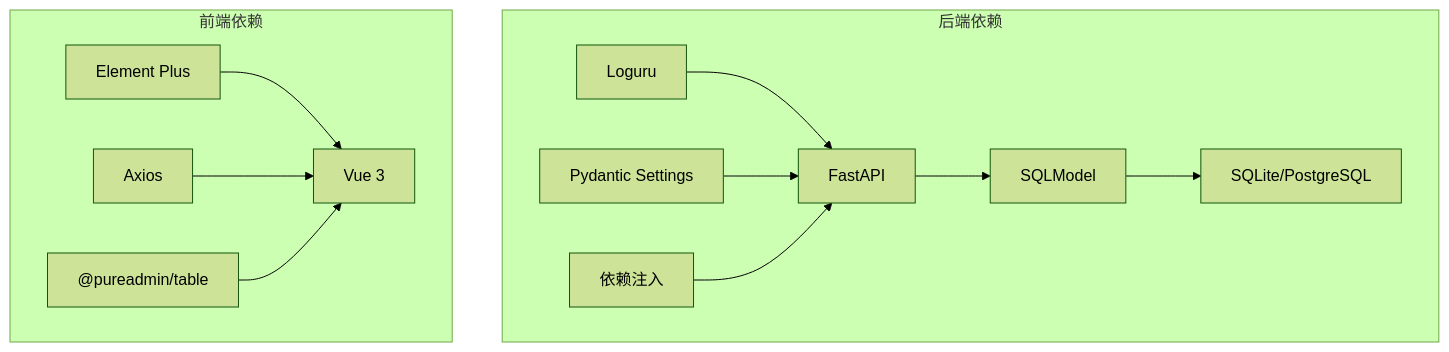
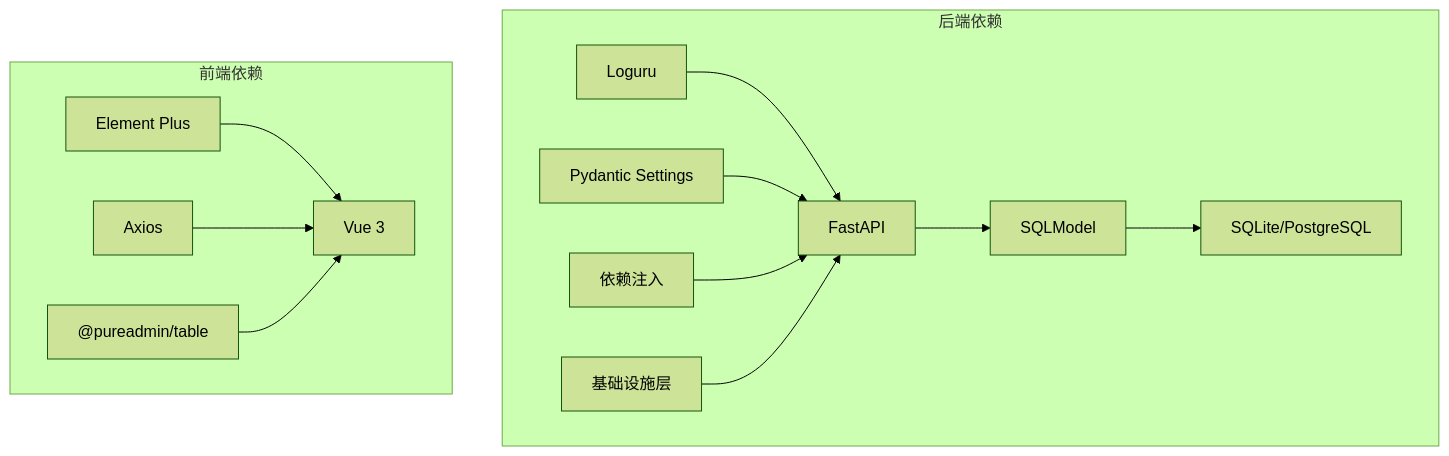
The tenth of 10 diagrams in .qoder/repowiki/zh/content/核心模块/日志系统.md (taoweidong/Hello-FastApi), drawn with Mermaid (forest theme) before and after one commit. The commit also changed other lines of this file and 22 other files, not shown here.

````diff
--- a/.qoder/repowiki/zh/content/核心模块/日志系统.md
+++ b/.qoder/repowiki/zh/content/核心模块/日志系统.md
@@ -677,25 +815,27 @@
 ```mermaid
 graph TB
 subgraph "后端依赖"
 L["Loguru"]
 F["FastAPI"]
 S["SQLModel"]
 P["Pydantic Settings"]
 DB["SQLite/PostgreSQL"]
 DI["依赖注入"]
+IL["基础设施层"]
 end
 subgraph "前端依赖"
 E["Element Plus"]
 V["Vue 3"]
 A["Axios"]
 PA["@pureadmin/table"]
 end
 L --> F
 F --> S
 P --> F
 S --> DB
 DI --> F
+IL --> F
 E --> V
 A --> V
 PA --> V
 ```
````
